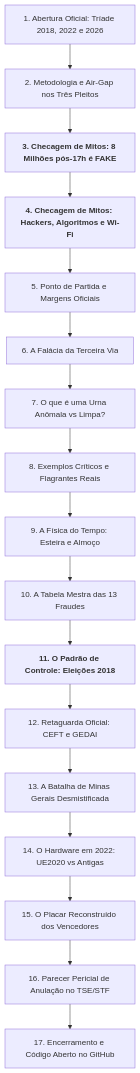
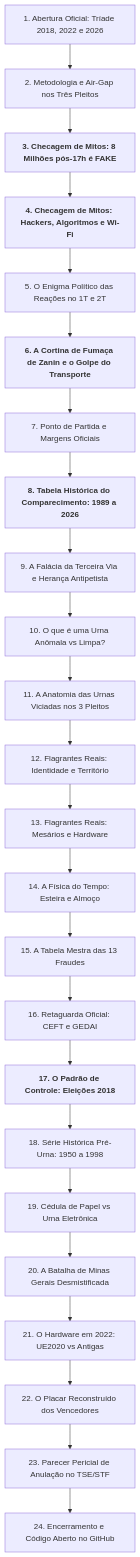
One commit to dilneiss/analise-forense-100-anomalias-eleicoes-2026-brasil changed the diagram in APRESENTACAO_DOSSIE_PERICIAL_ELEICOES.md. Above: the diagram before and after it, drawn with Mermaid. The commit also changed other lines of this file and 12 other files, not shown here.

````diff
--- a/APRESENTACAO_DOSSIE_PERICIAL_ELEICOES.md
+++ b/APRESENTACAO_DOSSIE_PERICIAL_ELEICOES.md
@@ -10,19 +10,26 @@
 ```mermaid
 flowchart TD
     C1[1. Abertura Oficial: Tríade 2018, 2022 e 2026] --> C2[2. Metodologia e Air-Gap nos Três Pleitos]
     C2 --> C3[<b>3. Checagem de Mitos: 8 Milhões pós-17h é FAKE</b>]
     C3 --> C4[<b>4. Checagem de Mitos: Hackers, Algoritmos e Wi-Fi</b>]
-    C4 --> C5[5. Ponto de Partida e Margens Oficiais]
-    C5 --> C6[6. A Falácia da Terceira Via]
-    C6 --> C7[7. O que é uma Urna Anômala vs Limpa?]
-    C7 --> C8[8. Exemplos Críticos e Flagrantes Reais]
-    C8 --> C9[9. A Física do Tempo: Esteira e Almoço]
-    C9 --> C10[10. A Tabela Mestra das 13 Fraudes]
-    C10 --> C11[<b>11. O Padrão de Controle: Eleições 2018</b>]
-    C11 --> C12[12. Retaguarda Oficial: CEFT e GEDAI]
-    C12 --> C13[13. A Batalha de Minas Gerais Desmistificada]
-    C13 --> C14[14. O Hardware em 2022: UE2020 vs Antigas]
-    C14 --> C15[15. O Placar Reconstruído dos Vencedores]
-    C15 --> C16[16. Parecer Pericial de Anulação no TSE/STF]
-    C16 --> C17[17. Encerramento e Código Aberto no GitHub]
+    C4 --> C5[5. O Enigma Político das Reações no 1T e 2T]
+    C5 --> C6[<b>6. A Cortina de Fumaça de Zanin e o Golpe do Transporte</b>]
+    C6 --> C7[7. Ponto de Partida e Margens Oficiais]
+    C7 --> C8[<b>8. Tabela Histórica do Comparecimento: 1989 a 2026</b>]
+    C8 --> C9[9. A Falácia da Terceira Via e Herança Antipetista]
+    C9 --> C10[10. O que é uma Urna Anômala vs Limpa?]
+    C10 --> C11[11. A Anatomia das Urnas Viciadas nos 3 Pleitos]
+    C11 --> C12[12. Flagrantes Reais: Identidade e Território]
+    C12 --> C13[13. Flagrantes Reais: Mesários e Hardware]
+    C13 --> C14[14. A Física do Tempo: Esteira e Almoço]
+    C14 --> C15[15. A Tabela Mestra das 13 Fraudes]
+    C15 --> C16[16. Retaguarda Oficial: CEFT e GEDAI]
+    C16 --> C17[<b>17. O Padrão de Controle: Eleições 2018</b>]
+    C17 --> C18[18. Série Histórica Pré-Urna: 1950 a 1998]
+    C18 --> C19[19. Cédula de Papel vs Urna Eletrônica]
+    C19 --> C20[20. A Batalha de Minas Gerais Desmistificada]
+    C20 --> C21[21. O Hardware em 2022: UE2020 vs Antigas]
+    C21 --> C22[22. O Placar Reconstruído dos Vencedores]
+    C22 --> C23[23. Parecer Pericial de Anulação no TSE/STF]
+    C23 --> C24[24. Encerramento e Código Aberto no GitHub]
 ```
````
